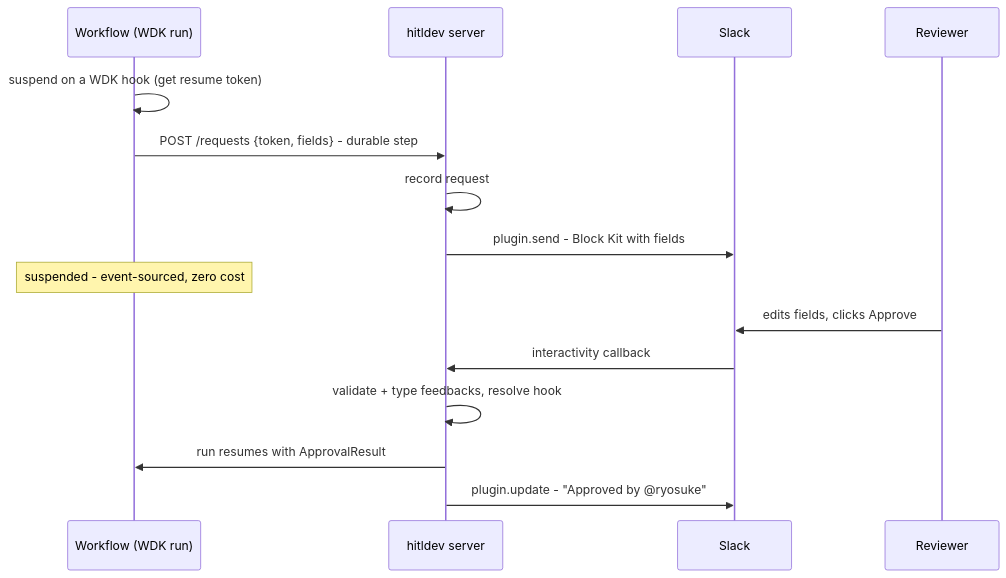
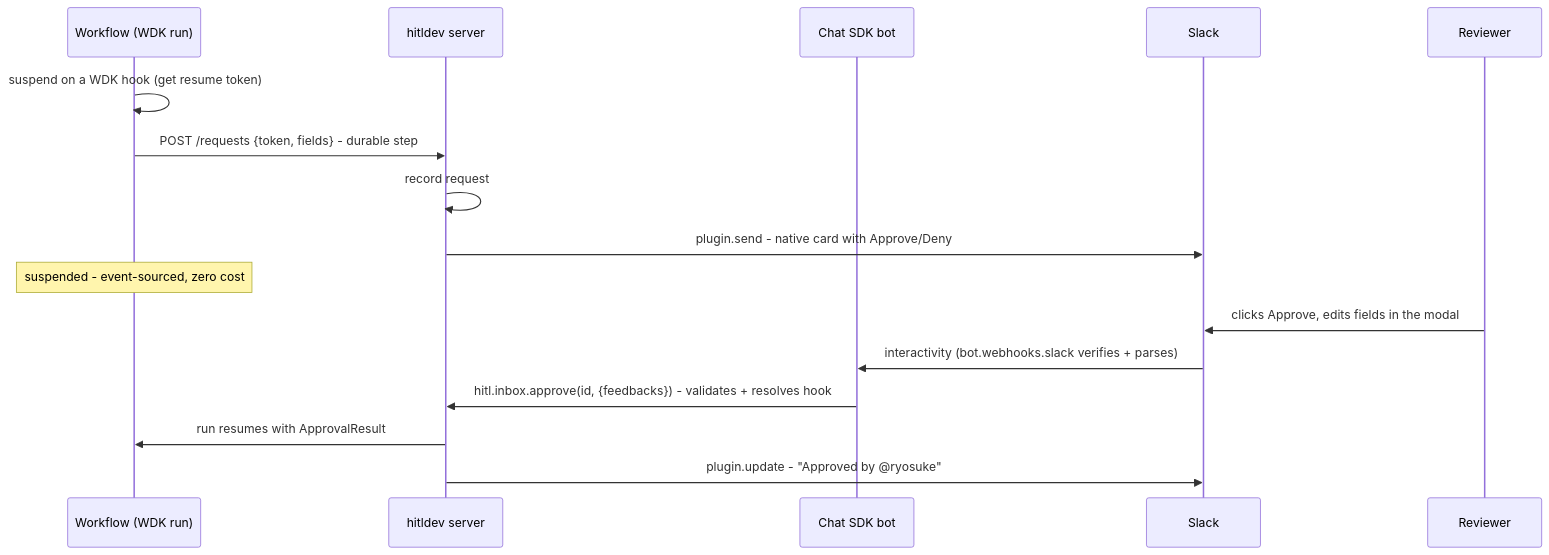
One commit to u17g/hitl changed the diagram in README.md. Above: the diagram before and after it, drawn with Mermaid. The commit also changed other lines of this file and 54 other files, not shown here.

First line of the commit message:
Replace per-platform plugins with a single @hitldev/chat-sdk adapter

````diff
--- a/README.md
+++ b/README.md
@@ -322,17 +312,18 @@
 ```mermaid
 sequenceDiagram
   participant W as Workflow (WDK run)
   participant H as hitldev server
+  participant B as Chat SDK bot
   participant S as Slack
   participant R as Reviewer
   W->>W: suspend on a WDK hook (get resume token)
   W->>H: POST /requests {token, fields} - durable step
   H->>H: record request
-  H->>S: plugin.send - Block Kit with fields
+  H->>S: plugin.send - native card with Approve/Deny
   Note over W: suspended - event-sourced, zero cost
-  R->>S: edits fields, clicks Approve
-  S->>H: interactivity callback
-  H->>H: validate + type feedbacks, resolve hook
+  R->>S: clicks Approve, edits fields in the modal
+  S->>B: interactivity (bot.webhooks.slack verifies + parses)
+  B->>H: hitl.inbox.approve(id, {feedbacks}) - validates + resolves hook
   H->>W: run resumes with ApprovalResult
   H->>S: plugin.update - "Approved by @ryosuke"
 ```
````
